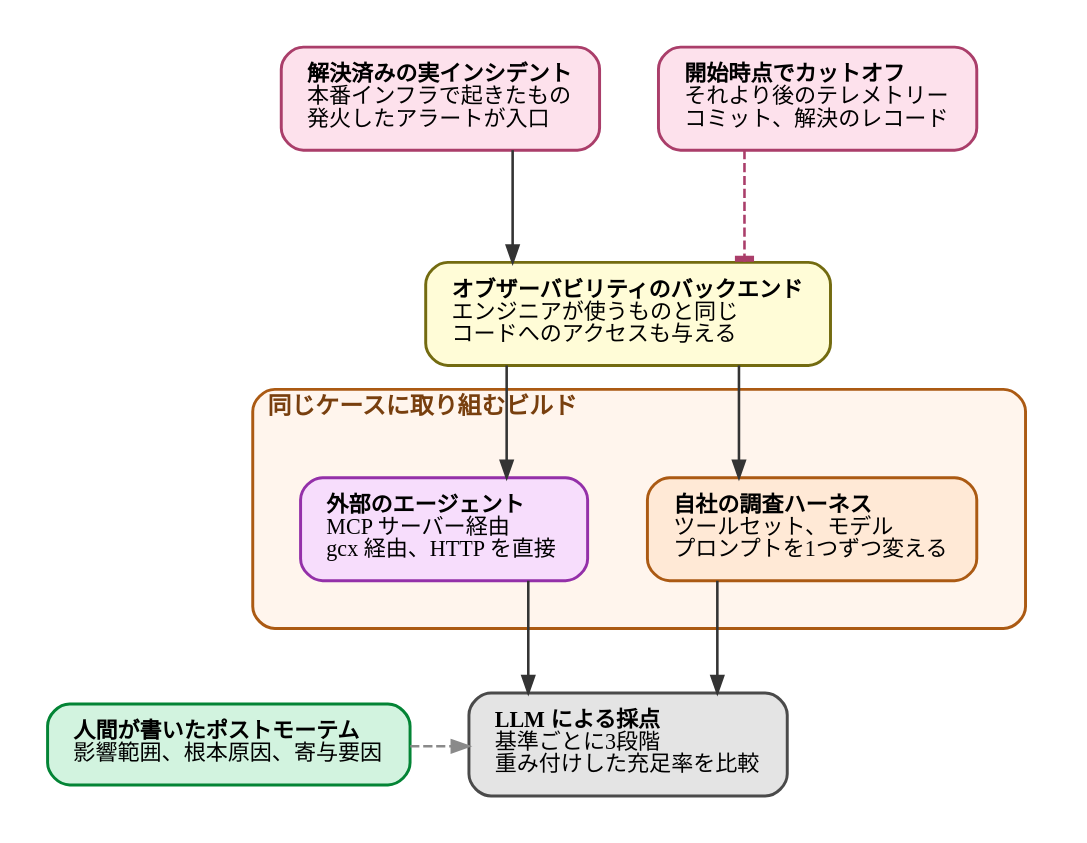
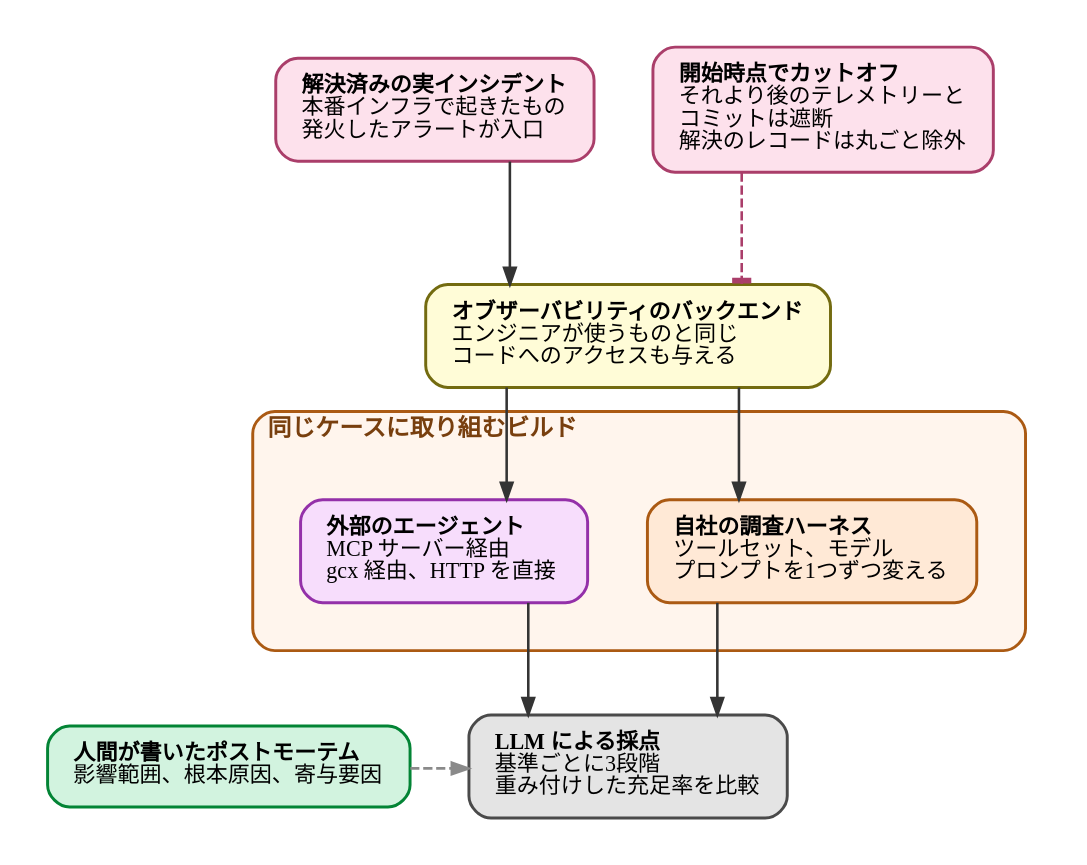
Before and after one commit to ymotongpoo/zenn.dev: the diagram in diagrams/20260930-what-made-agents-better/20260930-arena.dot, drawn with Graphviz. The commit also changed 6 other files, not shown here.

```diff
--- a/diagrams/20260930-what-made-agents-better/20260930-arena.dot
+++ b/diagrams/20260930-what-made-agents-better/20260930-arena.dot
@@ -1,86 +1,86 @@
 // 記事「品質を動かしたのはツールとプロンプトだった」用。
 // アリーナの構成。同じ実インシデントを複数のビルドが調べ、
 // 人間が書いたポストモーテムを正解としてLLMが採点する。
 //
 // 証拠の流れは「バックエンド → ビルド」の向きで描く。カットオフは
 // バックエンドに対する遮断として置く（インシデント開始より後の証拠を通さない）。
 // ビルドから採点へ向かう辺とバックエンドへ向かう辺が交差しないよう、
 // 証拠の供給を上流に、採点を下流に配置している。
 //
 // 矢印のラベルは付けない（クラスタをまたぐ辺のラベルは枠線を跨ぐため）。
 // 矢印の意味はキャプションで宣言する。
 //
 // クラスタの margin を広げて、見出し「同じケースに取り組むビルド」の
 // 文字とノードの間に余白を作る。margin=14 では実線が見出しの文字を
 // 横切っていた（査読 R-12）。ポート指定で回避すると SELF-PASS-THROUGH になる。
 digraph arena {
   graph [
     fontname="IBM Plex Sans JP", fontsize=13,
     rankdir=TB,
     compound=true, splines=ortho,
     nodesep=0.45, ranksep=0.85, pad=0.25,
     bgcolor="white", newrank=true
   ];
   node [
     fontname="IBM Plex Sans JP", fontsize=12,
     shape=box, style="rounded,filled",
     fillcolor="#F1F1F1", color="#4A4A4A", penwidth=1.6,
     margin="0.2,0.14"
   ];
   edge [
     fontname="IBM Plex Sans JP", fontsize=11,
     color="#343434", penwidth=1.4, arrowsize=0.9,
     fontcolor="#171717"
   ];
 
   incident [
     fillcolor="#FDE1EC", color="#AA3E6A",
     label=<<b>解決済みの実インシデント</b><br align="left"/>本番インフラで起きたもの<br align="left"/>発火したアラートが入口<br align="left"/>>
   ];
 
   cutoff [
     fillcolor="#FDE1EC", color="#AA3E6A",
-    label=<<b>開始時点でカットオフ</b><br align="left"/>それより後のテレメトリー<br align="left"/>コミット、解決のレコード<br align="left"/>>
+    label=<<b>開始時点でカットオフ</b><br align="left"/>それより後のテレメトリーと<br align="left"/>コミットは遮断<br align="left"/>解決のレコードは丸ごと除外<br align="left"/>>
   ];
 
   backends [
     fillcolor="#FFFCD7", color="#736B10",
     label=<<b>オブザーバビリティのバックエンド</b><br align="left"/>エンジニアが使うものと同じ<br align="left"/>コードへのアクセスも与える<br align="left"/>>
   ];
 
   subgraph cluster_variants {
     label=<<b>同じケースに取り組むビルド</b>>;
     style="rounded"; labeljust="l"; penwidth=1.6; margin=26;
     color="#AB5A13"; bgcolor="#FFF5ED"; fontcolor="#783F0E";
 
     own [
       fillcolor="#FFE9D6", color="#AB5A13",
       label=<<b>自社の調査ハーネス</b><br align="left"/>ツールセット、モデル<br align="left"/>プロンプトを1つずつ変える<br align="left"/>>
     ];
     external [
       fillcolor="#F7DDFC", color="#9430A9",
       label=<<b>外部のエージェント</b><br align="left"/>MCP サーバー経由<br align="left"/>gcx 経由、HTTP を直接<br align="left"/>>
     ];
   }
 
   judge [
     fillcolor="#E4E4E4", color="#4A4A4A",
     label=<<b>LLM による採点</b><br align="left"/>基準ごとに3段階<br align="left"/>重み付けした充足率を比較<br align="left"/>>
   ];
 
   postmortem [
     fillcolor="#D2F3DF", color="#038435",
     label=<<b>人間が書いたポストモーテム</b><br align="left"/>影響範囲、根本原因、寄与要因<br align="left"/>>
   ];
 
   incident -> backends;
   cutoff -> backends [arrowhead=tee, style=dashed, color="#AA3E6A"];
   backends -> own;
   backends -> external;
   own -> judge;
   external -> judge;
   postmortem -> judge [style=dashed, color="#8A8A8A"];
 
   { rank=same; incident; cutoff; }
   { rank=same; judge; postmortem; }
 }
```
